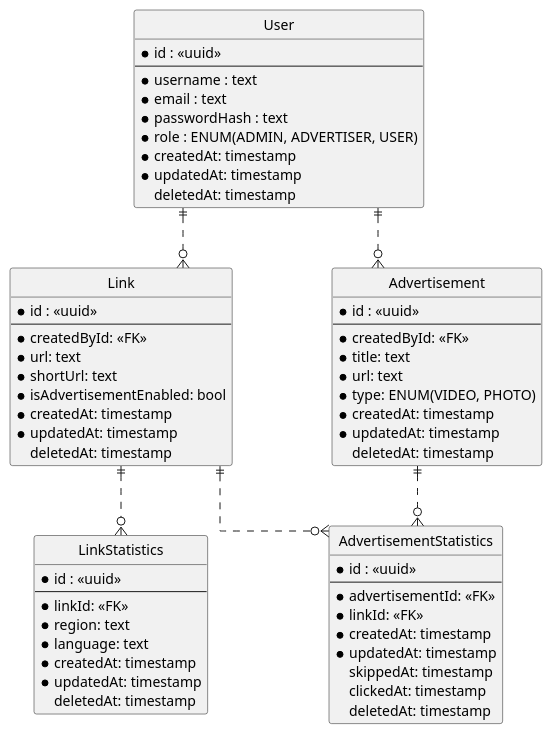
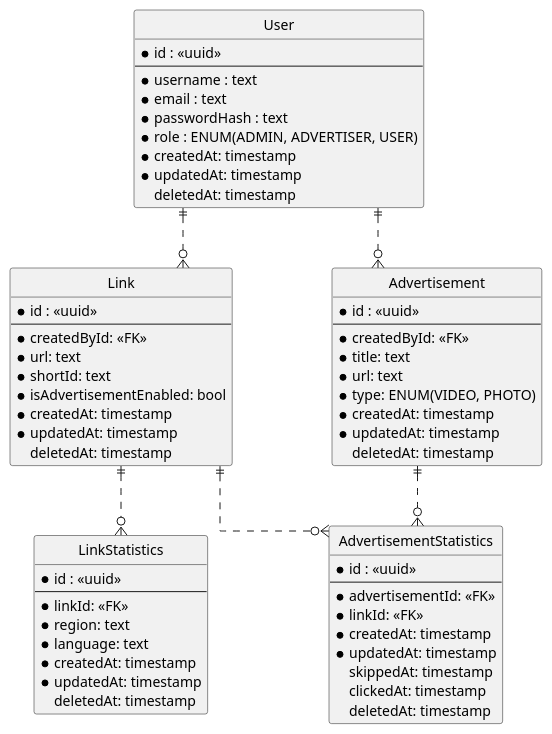
Before and after one commit to MichaelaLodnanova/Analytical-link-shortener: the diagram in diagrams/erd.puml, drawn with PlantUML. The commit also changed 2 other files, not shown here.

Commit message:
fix: use shortId in db instead of shortUrl for links

```diff
--- a/diagrams/erd.puml
+++ b/diagrams/erd.puml
@@ -1,73 +1,73 @@
-@startuml shortener
+@startuml shortener_erd
 
 hide circle
 skinparam Linetype ortho
 skinparam Ranksep 60
 skinparam Nodesep 100
 
 entity "User" as user {
   *id : <<uuid>>
   --
   * username : text
   * email : text
   * passwordHash : text
   * role : ENUM(ADMIN, ADVERTISER, USER)
   * createdAt: timestamp
   * updatedAt: timestamp
   deletedAt: timestamp
 }
 
 entity "Link" as link {
   *id : <<uuid>>
   --
   * createdById: <<FK>>
   * url: text
-  * shortUrl: text
+  * shortId: text
   * isAdvertisementEnabled: bool
   * createdAt: timestamp
   * updatedAt: timestamp
   deletedAt: timestamp
 }
 
 entity "LinkStatistics" as linkStats {
   *id : <<uuid>>
   --
   * linkId: <<FK>>
   * region: text
   * language: text
   * createdAt: timestamp
   * updatedAt: timestamp
   deletedAt: timestamp
 }
 
 entity "Advertisement" as ad {
   *id : <<uuid>>
   --
   * createdById: <<FK>>
   * title: text
   * url: text
   * type: ENUM(VIDEO, PHOTO)
   * createdAt: timestamp
   * updatedAt: timestamp
   deletedAt: timestamp
 }
 
 entity "AdvertisementStatistics" as adStats {
   *id : <<uuid>>
   --
   * advertisementId: <<FK>>
   * linkId: <<FK>>
   * createdAt: timestamp
   * updatedAt: timestamp
   skippedAt: timestamp
   clickedAt: timestamp
   deletedAt: timestamp
 }
 
 user ||..o{ link
 user ||..o{ ad
 
 ad ||..o{ adStats
 link ||..o{ linkStats
 link ||..o{ adStats
 @enduml
```
